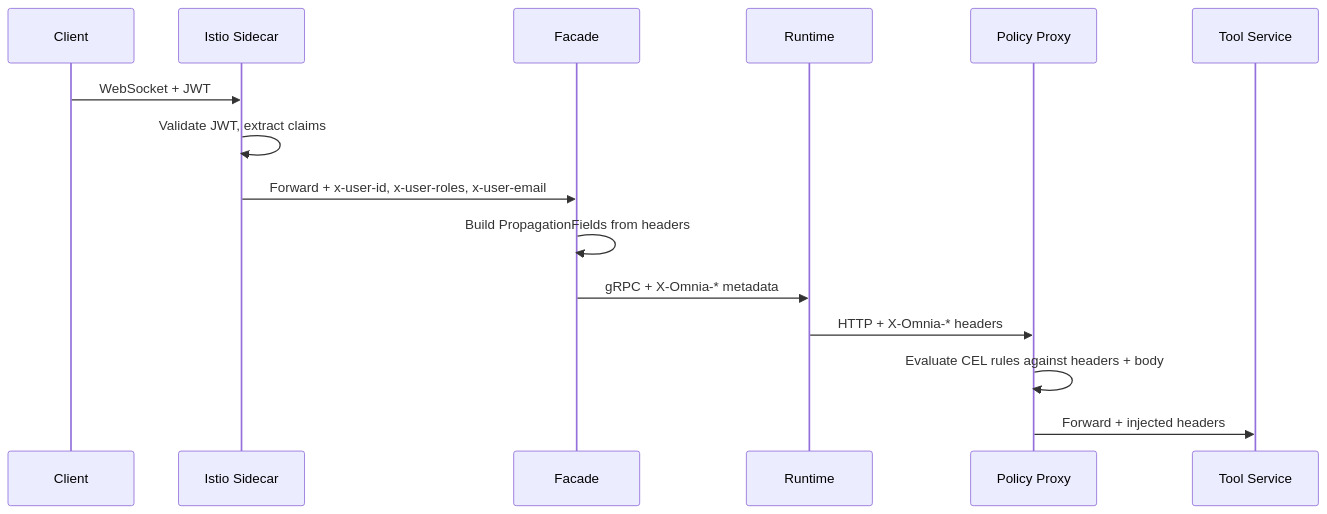
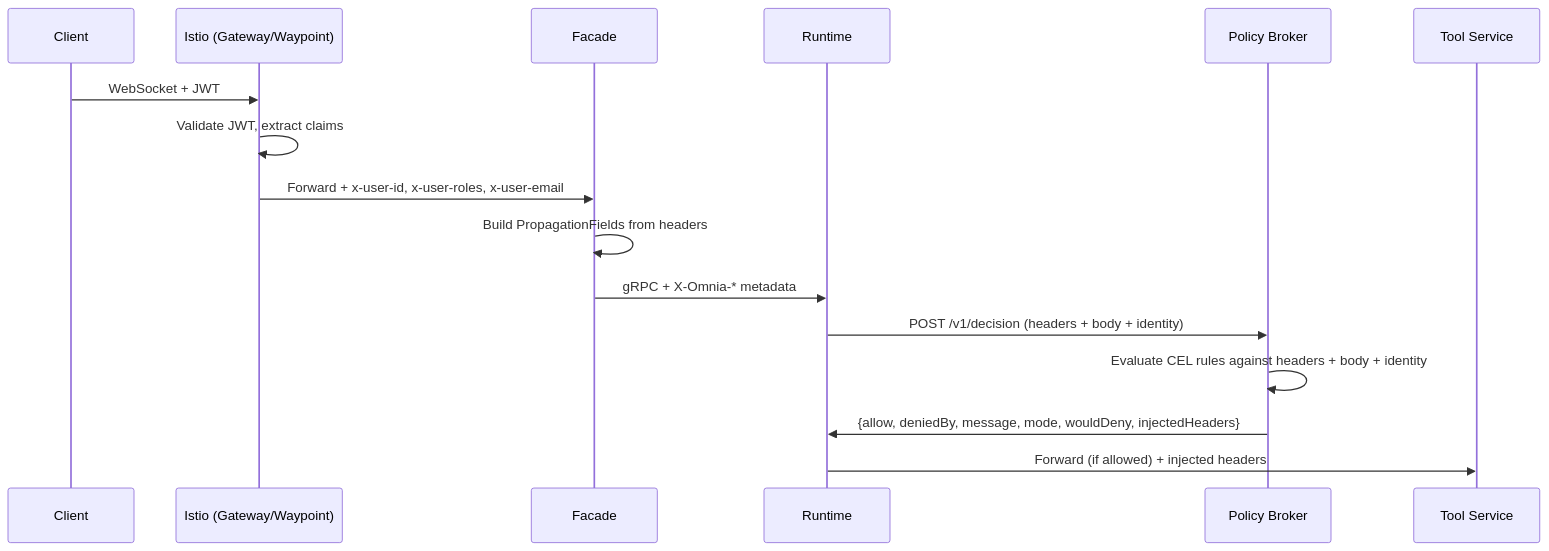
The second of 3 diagrams in docs/src/content/docs/explanation/security/policy-engine.md (AltairaLabs/Omnia), drawn with Mermaid before and after one commit. The commit also changed other lines of this file and 10 other files, not shown here.

First line of the commit message:
docs: accuracy pass on policy/tool-auth docs (verify claims vs merged code) (#1751)

````diff
--- a/docs/src/content/docs/explanation/security/policy-engine.md
+++ b/docs/src/content/docs/explanation/security/policy-engine.md
@@ -70,18 +76,19 @@
 ```mermaid
 sequenceDiagram
     participant Client
-    participant Istio as Istio Sidecar
+    participant Istio as Istio (Gateway/Waypoint)
     participant Facade
     participant Runtime
-    participant Proxy as Policy Proxy
+    participant Broker as Policy Broker
     participant Tool as Tool Service
 
     Client->>Istio: WebSocket + JWT
     Istio->>Istio: Validate JWT, extract claims
     Istio->>Facade: Forward + x-user-id, x-user-roles, x-user-email
     Facade->>Facade: Build PropagationFields from headers
     Facade->>Runtime: gRPC + X-Omnia-* metadata
-    Runtime->>Proxy: HTTP + X-Omnia-* headers
-    Proxy->>Proxy: Evaluate CEL rules against headers + body
-    Proxy->>Tool: Forward + injected headers
+    Runtime->>Broker: POST /v1/decision (headers + body + identity)
+    Broker->>Broker: Evaluate CEL rules against headers + body + identity
+    Broker->>Runtime: {allow, deniedBy, message, mode, wouldDeny, injectedHeaders}
+    Runtime->>Tool: Forward (if allowed) + injected headers
 ```
````
